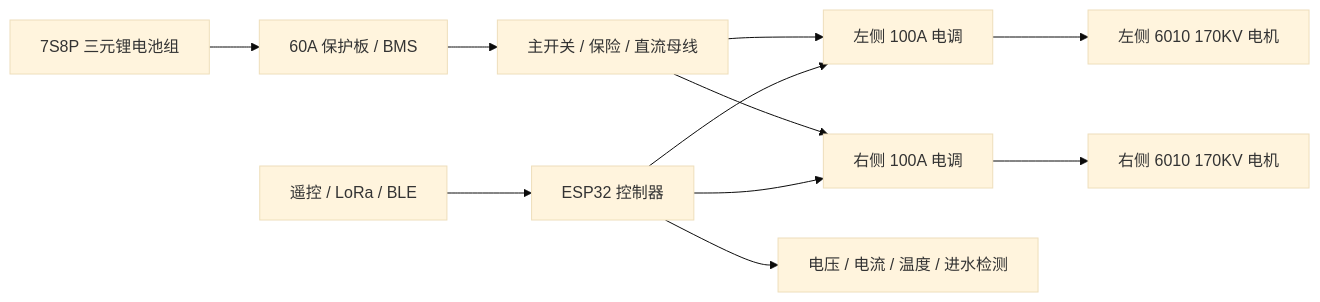
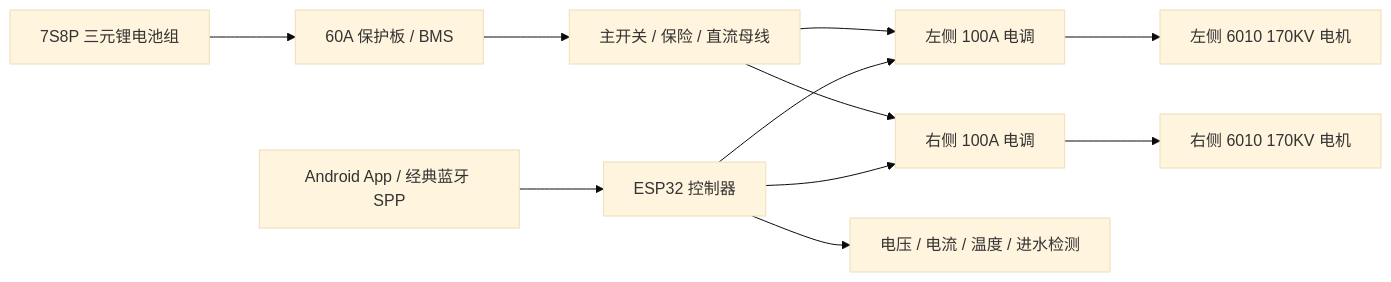
The diagram in docs/system_overview.md (mosanwan/smart_sup), drawn with Mermaid (base theme) before and after one commit. The commit also changed other lines of this file and 48 other files, not shown here.

Commit message:
Add Android controller and update release flow

````diff
--- a/docs/system_overview.md
+++ b/docs/system_overview.md
@@ -9,13 +9,13 @@
 ```mermaid
 flowchart LR
     Battery["7S8P 三元锂电池组"] --> BMS["60A 保护板 / BMS"]
     BMS --> Power["主开关 / 保险 / 直流母线"]
     Power --> ESC_L["左侧 100A 电调"]
     Power --> ESC_R["右侧 100A 电调"]
     ESC_L --> Motor_L["左侧 6010 170KV 电机"]
     ESC_R --> Motor_R["右侧 6010 170KV 电机"]
     Controller["ESP32 控制器"] --> ESC_L
     Controller --> ESC_R
     Controller --> Sensors["电压 / 电流 / 温度 / 进水检测"]
-    Remote["遥控 / LoRa / BLE"] --> Controller
+    Remote["Android App / 经典蓝牙 SPP"] --> Controller
 ```
````
